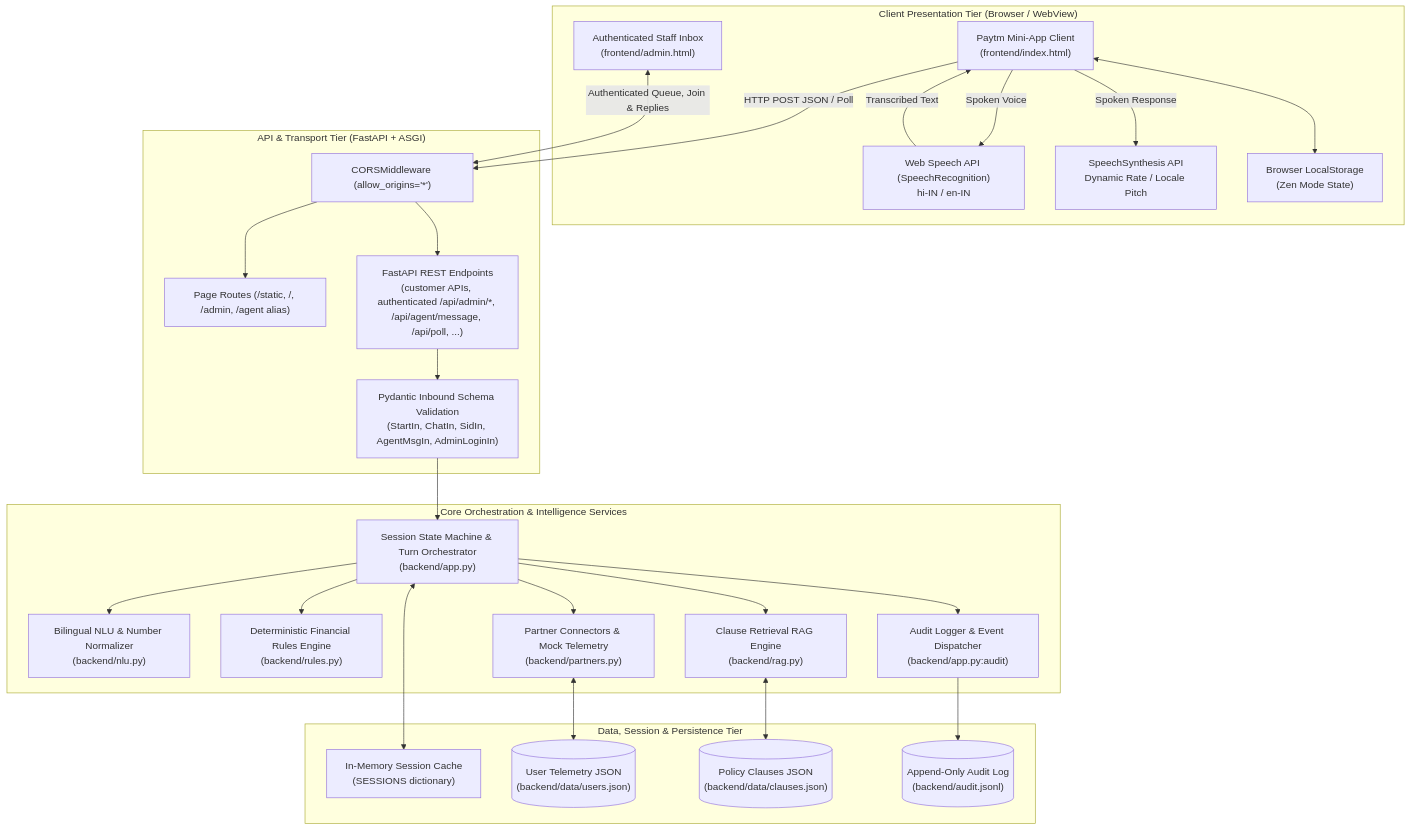
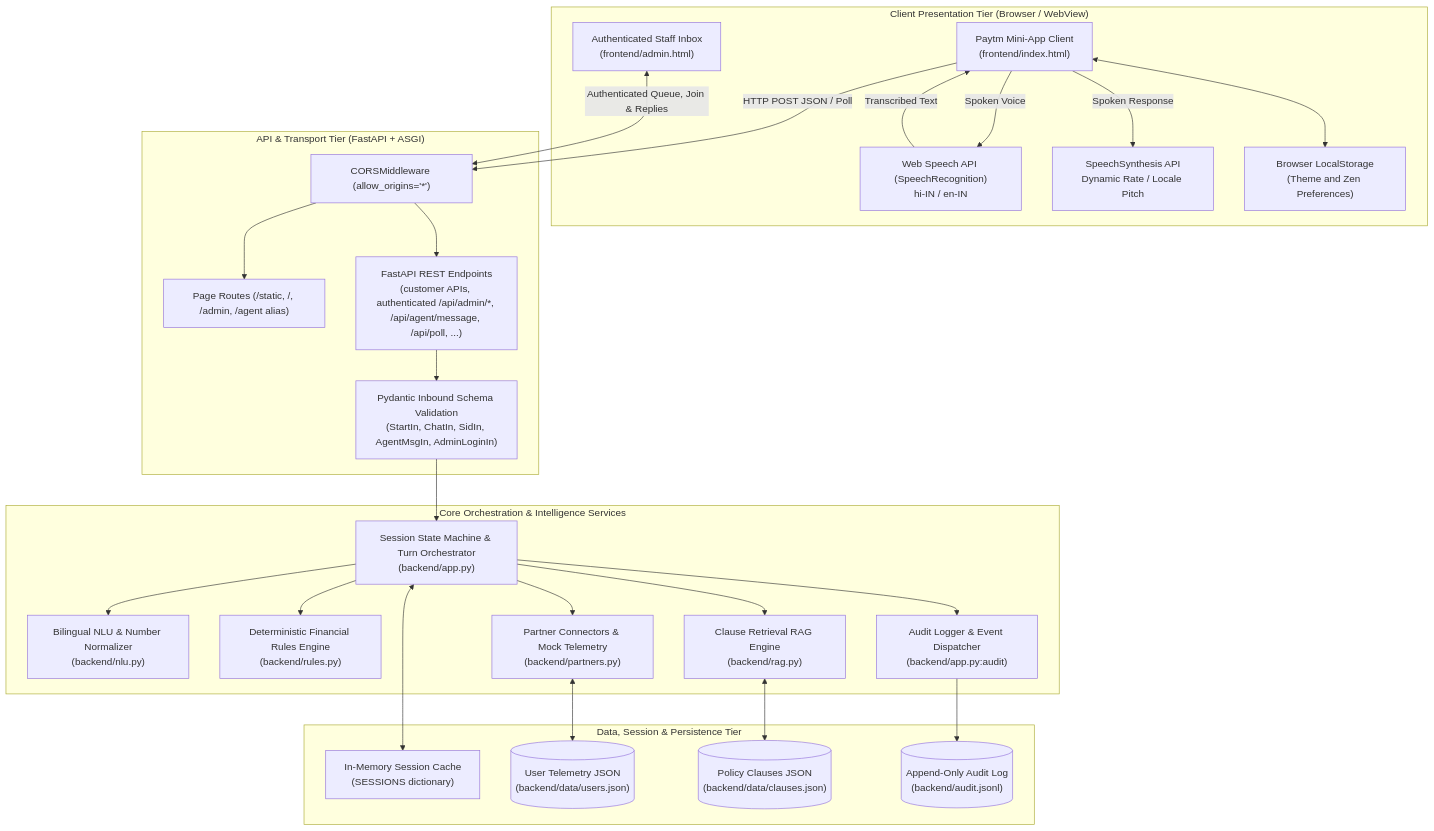
Before and after one commit to e-smo1507/AI-powered-paytm-system: the first of 4 diagrams in docs/SYSTEM_ARCHITECTURE.md, drawn with Mermaid. The commit also changed other lines of this file and 5 other files, not shown here.

````diff
--- a/docs/SYSTEM_ARCHITECTURE.md
+++ b/docs/SYSTEM_ARCHITECTURE.md
@@ -18,56 +18,56 @@
 ```mermaid
 graph TB
     subgraph ClientLayer ["Client Presentation Tier (Browser / WebView)"]
         UI["Paytm Mini-App Client<br/>(frontend/index.html)"]
         Desk["Authenticated Staff Inbox<br/>(frontend/admin.html)"]
         MicAPI["Web Speech API (SpeechRecognition)<br/>hi-IN / en-IN"]
         TTSAPI["SpeechSynthesis API<br/>Dynamic Rate / Locale Pitch"]
-        Storage["Browser LocalStorage<br/>(Zen Mode State)"]
+        Storage["Browser LocalStorage<br/>(Theme and Zen Preferences)"]
     end
 
     subgraph GatewayLayer ["API & Transport Tier (FastAPI + ASGI)"]
         CORS["CORSMiddleware (allow_origins='*')"]
         StaticRoute["Page Routes (/static, /, /admin, /agent alias)"]
         APIRouter["FastAPI REST Endpoints<br/>(customer APIs, authenticated /api/admin/*, /api/agent/message, /api/poll, ...)"]
         PydanticModels["Pydantic Inbound Schema Validation<br/>(StartIn, ChatIn, SidIn, AgentMsgIn, AdminLoginIn)"]
     end
 
     subgraph ServiceLayer ["Core Orchestration & Intelligence Services"]
         Orchestrator["Session State Machine & Turn Orchestrator<br/>(backend/app.py)"]
         NLU["Bilingual NLU & Number Normalizer<br/>(backend/nlu.py)"]
         Rules["Deterministic Financial Rules Engine<br/>(backend/rules.py)"]
         RAG["Clause Retrieval RAG Engine<br/>(backend/rag.py)"]
         Partners["Partner Connectors & Mock Telemetry<br/>(backend/partners.py)"]
         Audit["Audit Logger & Event Dispatcher<br/>(backend/app.py:audit)"]
     end
 
     subgraph StateLayer ["Data, Session & Persistence Tier"]
         MemorySessions["In-Memory Session Cache<br/>(SESSIONS dictionary)"]
         UserStore[("User Telemetry JSON<br/>(backend/data/users.json)")]
         ClauseStore[("Policy Clauses JSON<br/>(backend/data/clauses.json)")]
         AuditLog[("Append-Only Audit Log<br/>(backend/audit.jsonl)")]
     end
 
     %% Interactions
     UI -->|Spoken Voice| MicAPI
     MicAPI -->|Transcribed Text| UI
     UI -->|Spoken Response| TTSAPI
     UI <--> Storage
     UI -->|HTTP POST JSON / Poll| CORS
     Desk <-->|Authenticated Queue, Join & Replies| CORS
     CORS --> StaticRoute
     CORS --> APIRouter
     APIRouter --> PydanticModels
     PydanticModels --> Orchestrator
 
     Orchestrator <--> MemorySessions
     Orchestrator --> NLU
     Orchestrator --> Rules
     Orchestrator --> RAG
     Orchestrator --> Partners
     Orchestrator --> Audit
 
     Partners <--> UserStore
     RAG <--> ClauseStore
     Audit --> AuditLog
 ```
````
